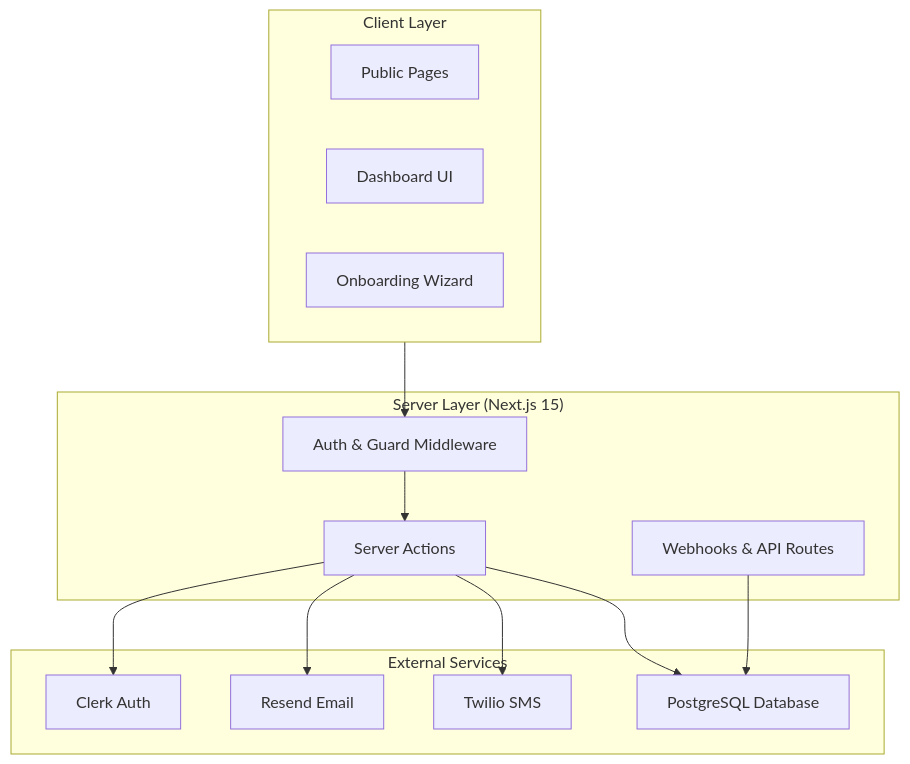
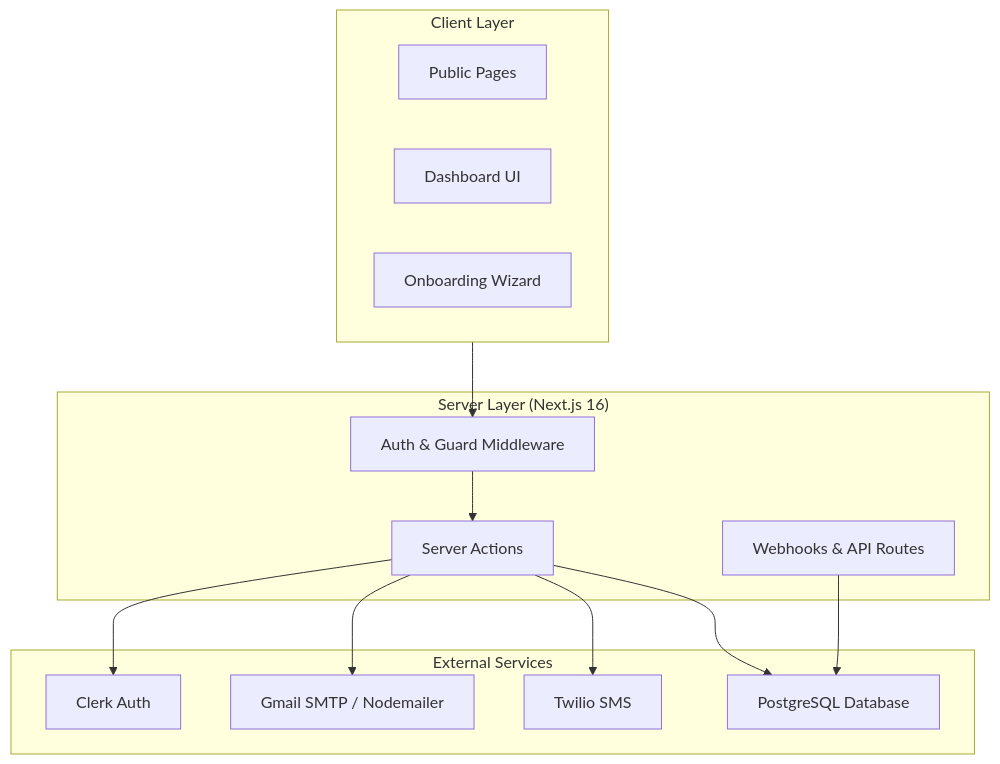
One commit to aniket0929/kanso changed the first of 4 diagrams in ARCHITECTURE.md. Above: the diagram before and after it, drawn with Mermaid. The commit also changed 3 other files, not shown here.

````diff
--- a/ARCHITECTURE.md
+++ b/ARCHITECTURE.md
@@ -9,29 +9,29 @@
 ```mermaid
 graph TD
     subgraph Client ["Client Layer"]
         B[Public Pages]
         D[Dashboard UI]
         O[Onboarding Wizard]
     end
 
-    subgraph Server ["Server Layer (Next.js 15)"]
+    subgraph Server ["Server Layer (Next.js 16)"]
         SA[Server Actions]
         API[Webhooks & API Routes]
         Middleware[Auth & Guard Middleware]
     end
 
     subgraph Services ["External Services"]
         Clerk[Clerk Auth]
-        Resend[Resend Email]
+        Gmail[Gmail SMTP / Nodemailer]
         Twilio[Twilio SMS]
         Neon[PostgreSQL Database]
     end
 
     Client --> Middleware
     Middleware --> SA
     SA --> Neon
     SA --> Clerk
-    SA --> Resend
+    SA --> Gmail
     SA --> Twilio
     API --> Neon
 ```
````
